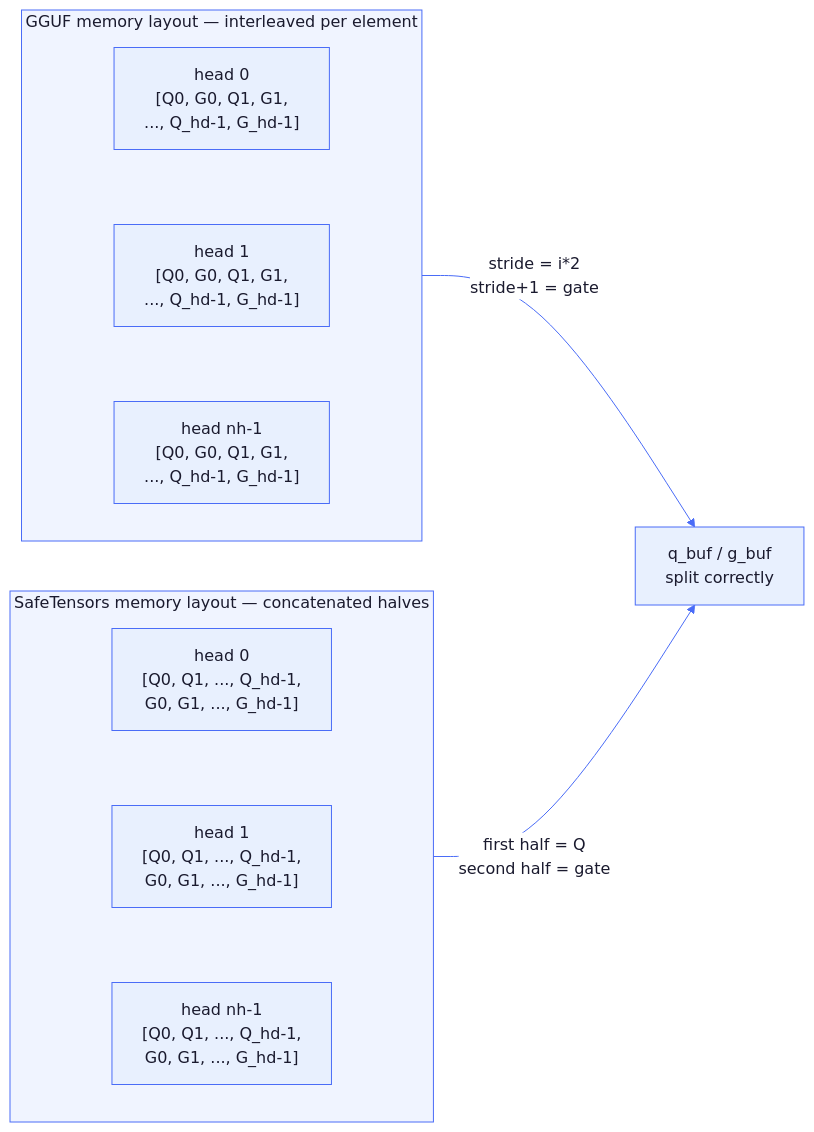
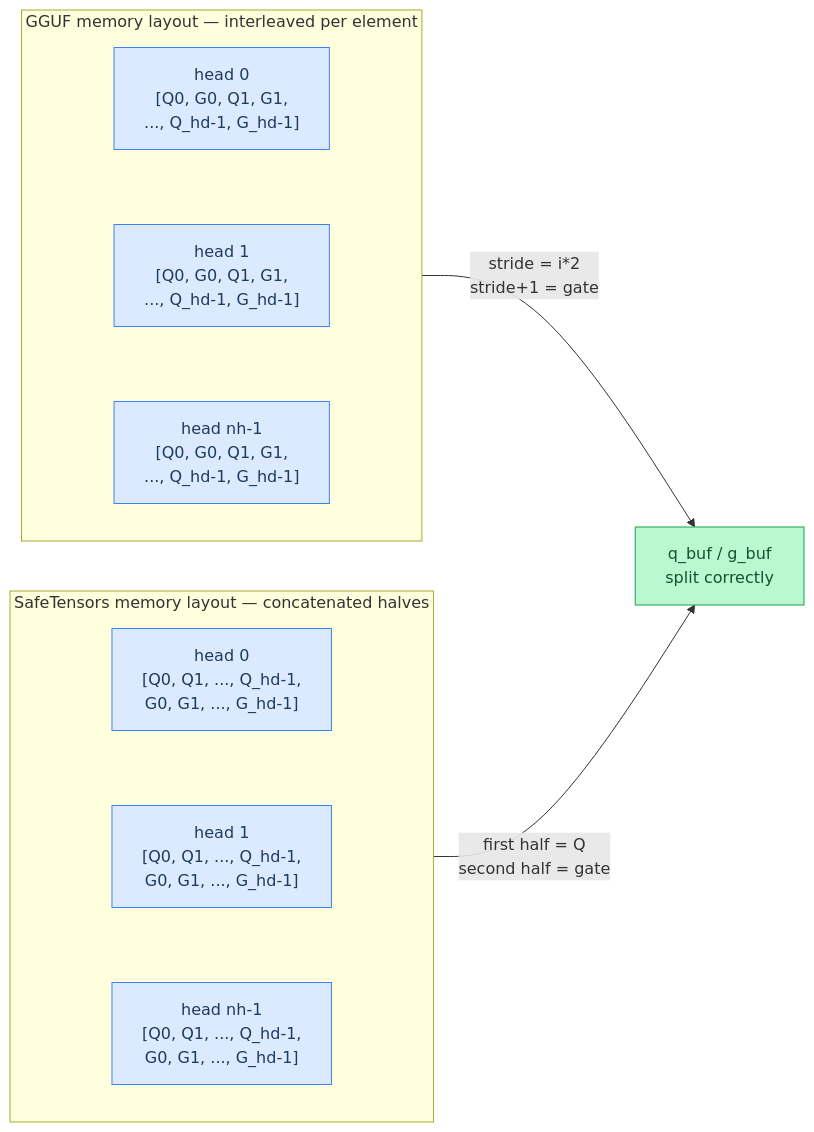
Before and after one commit to maci0/agave: the fifth of 9 diagrams in docs/tutorial/14-format-conventions.md, drawn with Mermaid. The commit also changed other lines of this file and 24 other files, not shown here.

First line of the commit message:
docs: convert all mermaid diagrams to classDef semantic colors

````diff
--- a/docs/tutorial/14-format-conventions.md
+++ b/docs/tutorial/14-format-conventions.md
@@ -376,35 +376,30 @@
 ```mermaid
-%%{init: {'theme': 'base', 'themeVariables': {
-  'primaryColor': '#e8f0fe',
-  'primaryTextColor': '#1a1a2e',
-  'primaryBorderColor': '#4a6cf7',
-  'lineColor': '#4a6cf7',
-  'secondaryColor': '#f0f4ff',
-  'tertiaryColor': '#f8f9ff',
-  'edgeLabelBackground': '#ffffff',
-  'clusterBkg': '#f0f4ff',
-  'clusterBorder': '#4a6cf7',
-  'titleColor': '#1a1a2e',
-  'nodeTextColor': '#1a1a2e',
-  'fontFamily': 'ui-monospace, SFMono-Regular, monospace'
-}}}%%
 flowchart LR
+    classDef setup     fill:#dbeafe,stroke:#3b82f6,color:#1e3a5f
+    classDef sync      fill:#dcfce7,stroke:#22c55e,color:#14532d
+    classDef migration fill:#fef9c3,stroke:#eab308,color:#713f12
+    classDef success   fill:#bbf7d0,stroke:#16a34a,color:#14532d
+    classDef danger    fill:#fee2e2,stroke:#ef4444,color:#7f1d1d
+    classDef optional  fill:#f3e8ff,stroke:#9333ea,color:#581c87
+
+    GH0["head 0\n[Q0, G0, Q1, G1,\n..., Q_hd-1, G_hd-1]"]:::setup
+    GH1["head 1\n[Q0, G0, Q1, G1,\n..., Q_hd-1, G_hd-1]"]:::setup
+    GHN["head nh-1\n[Q0, G0, Q1, G1,\n..., Q_hd-1, G_hd-1]"]:::setup
+    SH0["head 0\n[Q0, Q1, ..., Q_hd-1,\n G0, G1, ..., G_hd-1]"]:::setup
+    SH1["head 1\n[Q0, Q1, ..., Q_hd-1,\n G0, G1, ..., G_hd-1]"]:::setup
+    SHN["head nh-1\n[Q0, Q1, ..., Q_hd-1,\n G0, G1, ..., G_hd-1]"]:::setup
+    SplitG["q_buf / g_buf\nsplit correctly"]:::success
+
     subgraph GGUFMem["GGUF memory layout — interleaved per element"]
         direction TB
-        GH0["head 0\n[Q0, G0, Q1, G1,\n..., Q_hd-1, G_hd-1]"]
-        GH1["head 1\n[Q0, G0, Q1, G1,\n..., Q_hd-1, G_hd-1]"]
-        GHN["head nh-1\n[Q0, G0, Q1, G1,\n..., Q_hd-1, G_hd-1]"]
         GH0 ~~~ GH1 ~~~ GHN
     end
 
     subgraph STMem["SafeTensors memory layout — concatenated halves"]
         direction TB
-        SH0["head 0\n[Q0, Q1, ..., Q_hd-1,\n G0, G1, ..., G_hd-1]"]
-        SH1["head 1\n[Q0, Q1, ..., Q_hd-1,\n G0, G1, ..., G_hd-1]"]
-        SHN["head nh-1\n[Q0, Q1, ..., Q_hd-1,\n G0, G1, ..., G_hd-1]"]
         SH0 ~~~ SH1 ~~~ SHN
     end
 
-    GGUFMem -->|"stride = i*2\nstride+1 = gate"| SplitG["q_buf / g_buf\nsplit correctly"]
+    GGUFMem -->|"stride = i*2\nstride+1 = gate"| SplitG
     STMem -->|"first half = Q\nsecond half = gate"| SplitG
 ```
````
